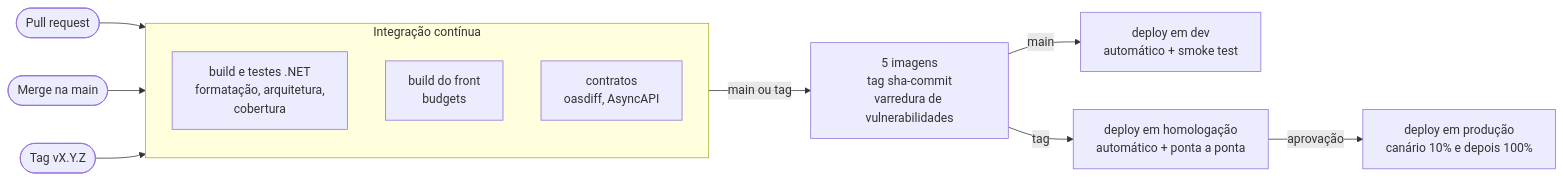
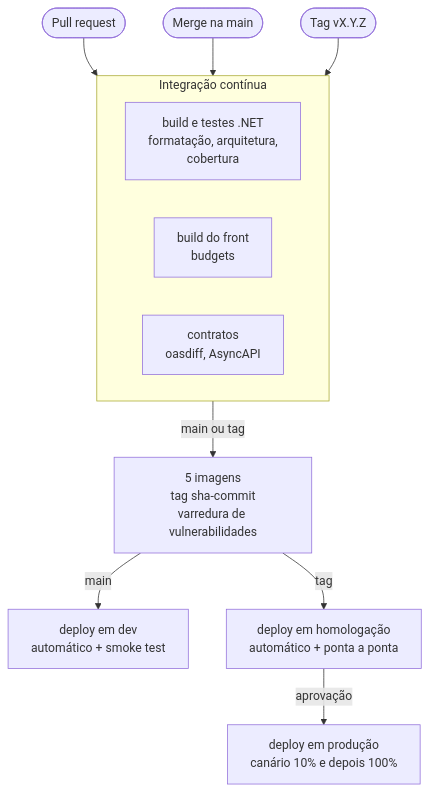
Before and after one commit to michellerodrigues/lancamentos-diarios-poc: the second of 2 diagrams in docs/arquitetura/software/08-build-e-deploy.md, drawn with Mermaid. The commit also changed other lines of this file and 45 other files, not shown here.

````diff
--- a/docs/arquitetura/software/08-build-e-deploy.md
+++ b/docs/arquitetura/software/08-build-e-deploy.md
@@ -68,18 +113,25 @@
 ```mermaid
-flowchart LR
-    pr(["Pull request"]) --> ci
-    push(["Merge na main"]) --> ci
-    tag(["Tag vX.Y.Z"]) --> ci
+flowchart TB
+    pr(["Pull request"])
+    push(["Merge na main"])
+    tag(["Tag vX.Y.Z"])
 
     subgraph ci["Integração contínua"]
-        direction TB
         net["build e testes .NET<br/>formatação, arquitetura,<br/>cobertura"]
         front["build do front<br/>budgets"]
         contrato["contratos<br/>oasdiff, AsyncAPI"]
     end
 
-    ci -->|"main ou tag"| img["5 imagens<br/>tag sha-commit<br/>varredura de vulnerabilidades"]
-    img -->|"main"| dev["deploy em dev<br/>automático + smoke test"]
-    img -->|"tag"| hml["deploy em homologação<br/>automático + ponta a ponta"]
-    hml -->|"aprovação"| prd["deploy em produção<br/>canário 10% e depois 100%"]
+    img["5 imagens<br/>tag sha-commit<br/>varredura de vulnerabilidades"]
+    dev["deploy em dev<br/>automático + smoke test"]
+    hml["deploy em homologação<br/>automático + ponta a ponta"]
+    prd["deploy em produção<br/>canário 10% e depois 100%"]
+
+    pr --> ci
+    push --> ci
+    tag --> ci
+    ci -->|"main ou tag"| img
+    img -->|"main"| dev
+    img -->|"tag"| hml
+    hml -->|"aprovação"| prd
 ```
````
